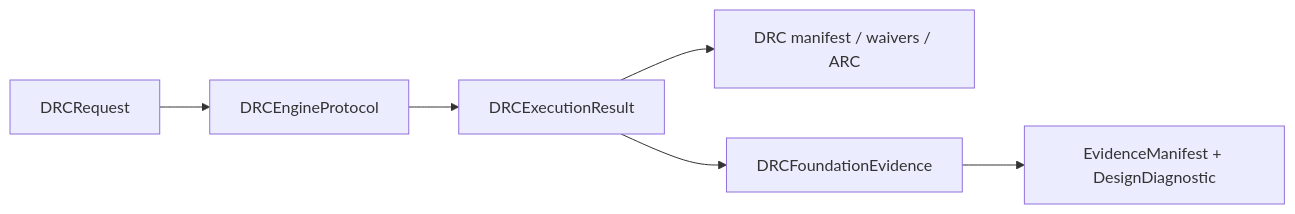
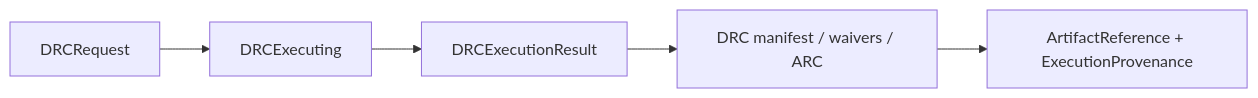
One commit to 1amageek/DRCEngine changed the first of 2 diagrams in README.md. Above: the diagram before and after it, drawn with Mermaid. The commit also changed other lines of this file and 7 other files, not shown here.

````diff
--- a/README.md
+++ b/README.md
@@ -10,8 +10,7 @@
 ```mermaid
 flowchart LR
-    Request["DRCRequest"] --> Engine["DRCEngineProtocol"]
+    Request["DRCRequest"] --> Engine["DRCExecuting"]
     Engine --> Result["DRCExecutionResult"]
     Result --> Domain["DRC manifest / waivers / ARC"]
-    Result --> Boundary["DRCFoundationEvidence"]
-    Boundary --> Foundation["EvidenceManifest + DesignDiagnostic"]
+    Domain --> Foundation["ArtifactReference + ExecutionProvenance"]
 ```
````
